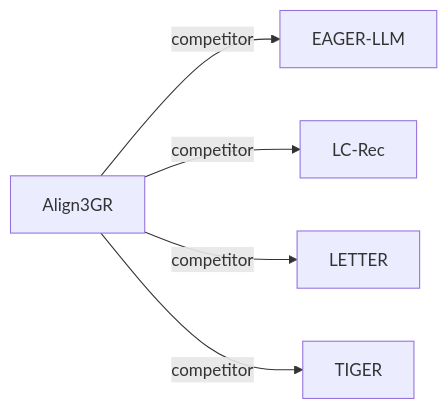
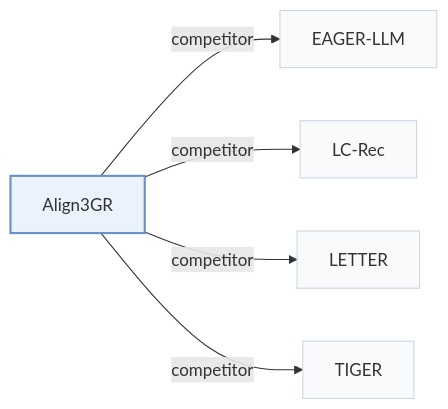
The third of 3 diagrams in pages/papers/align3gr.md (Galaxy-ghost/Awesome-SID-Generative-Rec), drawn with Mermaid before and after one commit. The commit also changed other lines of this file and 649 other files, not shown here.

Commit message:
writer-05: also tags and modality index (schema, check, build, visuals); summary field removed; calibration data for 12 papers

````diff
--- a/pages/papers/align3gr.md
+++ b/pages/papers/align3gr.md
@@ -123,8 +146,12 @@
 ```mermaid
 flowchart LR
     P["Align3GR"]
-    P -->|competitor| A["EAGER-LLM"]
-    P -->|competitor| B["LC-Rec"]
-    P -->|competitor| C["LETTER"]
-    P -->|competitor| D["TIGER"]
+    P -->|"competitor"| A["EAGER-LLM"]
+    P -->|"competitor"| B["LC-Rec"]
+    P -->|"competitor"| C["LETTER"]
+    P -->|"competitor"| D["TIGER"]
+    classDef main fill:#eaf2fb,stroke:#6b8fc7,stroke-width:2px
+    classDef peer fill:#f8fafc,stroke:#cbd5e1
+    class P main
+    class A,B,C,D peer
 ```
````
